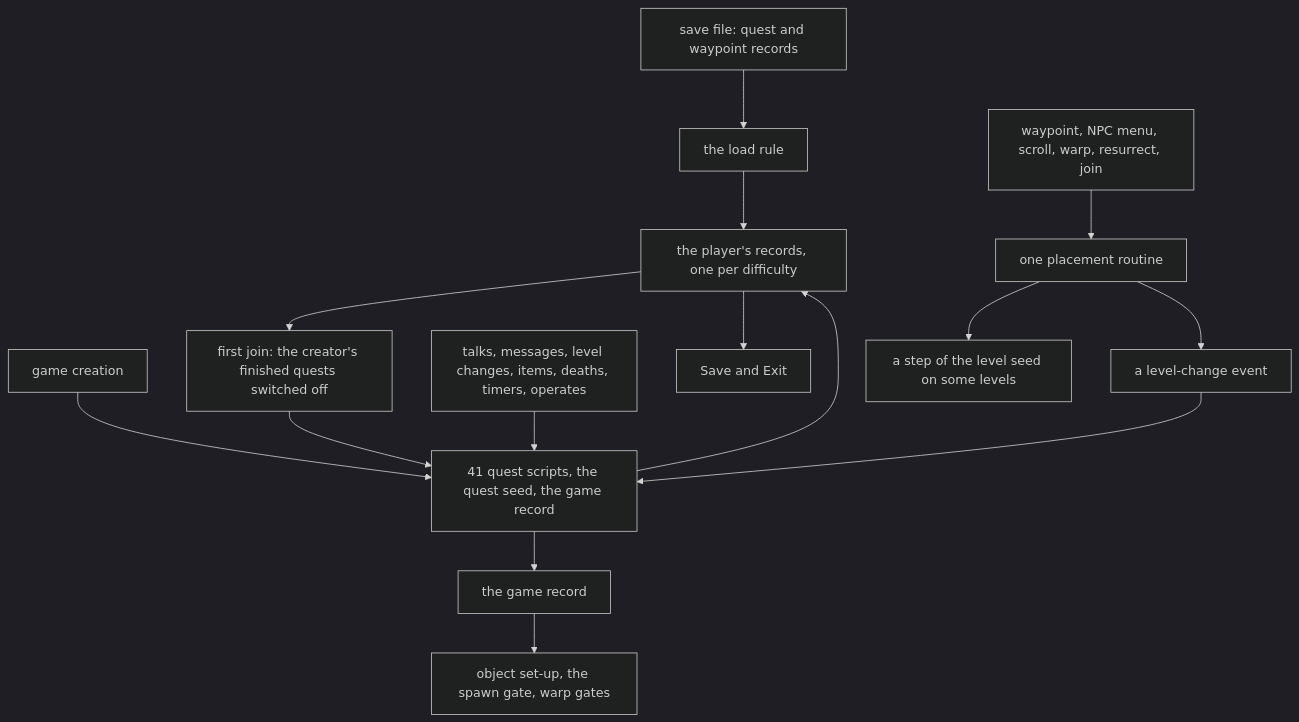
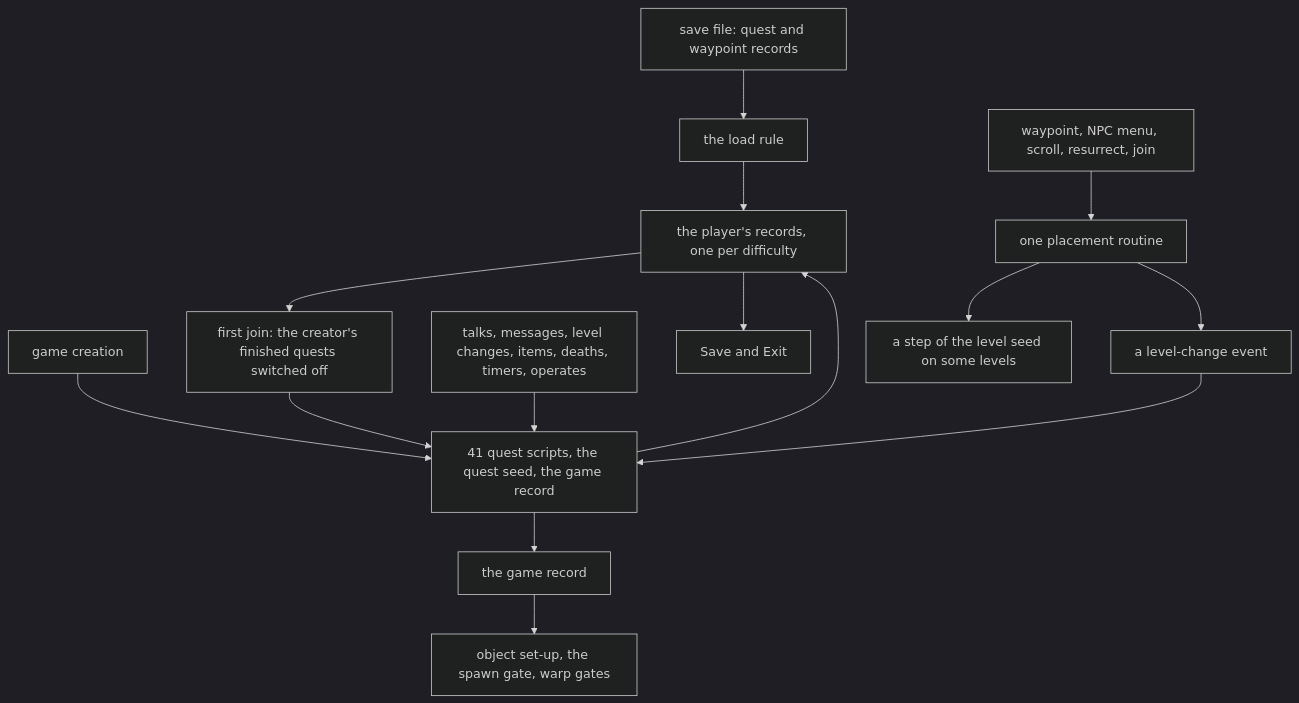
One commit to IgorKonovalov/diablo-2-recompilation changed the first of 9 diagrams in docs/wiki/quests.md. Above: the diagram before and after it, drawn with Mermaid (dark theme). The commit also changed other lines of this file and 8 other files, not shown here.

````diff
--- a/docs/wiki/quests.md
+++ b/docs/wiki/quests.md
@@ -32,17 +33,17 @@
 ```mermaid
 flowchart TD
   save["save file: quest and waypoint records"] --> load["the load rule"]
   load --> rec["the player's records, one per difficulty"]
   create["game creation"] --> qobj["41 quest scripts, the quest seed, the game record"]
   rec --> join["first join: the creator's finished quests switched off"]
   join --> qobj
   ev["talks, messages, level changes, items, deaths, timers, operates"] --> qobj
   qobj --> rec
   qobj --> grec["the game record"]
   grec --> readers["object set-up, the spawn gate, warp gates"]
-  click["waypoint, NPC menu, scroll, warp, resurrect, join"] --> place["one placement routine"]
+  click["waypoint, NPC menu, scroll, resurrect, join"] --> place["one placement routine"]
   place --> lseed["a step of the level seed on some levels"]
   place --> e3["a level-change event"]
   e3 --> qobj
   rec --> out["Save and Exit"]
 ```
````
